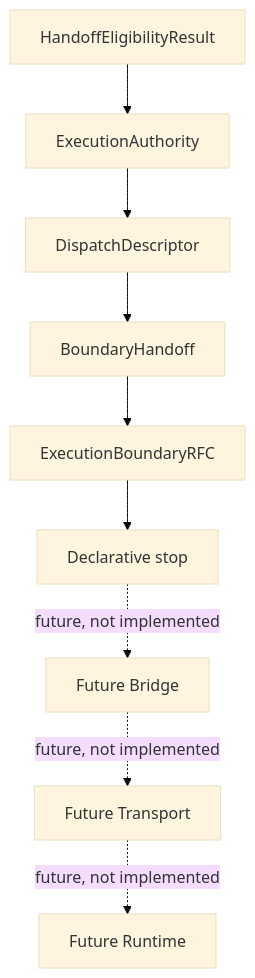
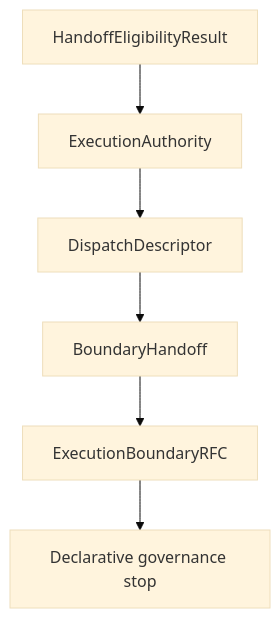
One commit to Deadpool042/loop-engine changed the first of 6 diagrams in docs/architecture/execution-architecture-rfc.md. Above: the diagram before and after it, drawn with Mermaid (base theme). The commit also changed other lines of this file, not shown here.

Commit message:
docs(architecture): align execution RFC with current implementation

````diff
--- a/docs/architecture/execution-architecture-rfc.md
+++ b/docs/architecture/execution-architecture-rfc.md
@@ -19,12 +20,8 @@
 ```mermaid
 flowchart TD
   Eligibility["HandoffEligibilityResult"] --> Authority["ExecutionAuthority"]
   Authority --> Descriptor["DispatchDescriptor"]
   Descriptor --> Handoff["BoundaryHandoff"]
   Handoff --> BoundaryRFC["ExecutionBoundaryRFC"]
-  BoundaryRFC --> Stop["Declarative stop"]
-
-  Stop -. future, not implemented .-> Bridge["Future Bridge"]
-  Bridge -. future, not implemented .-> Transport["Future Transport"]
-  Transport -. future, not implemented .-> Runtime["Future Runtime"]
+  BoundaryRFC --> DeclarativeStop["Declarative governance stop"]
 ```
````
